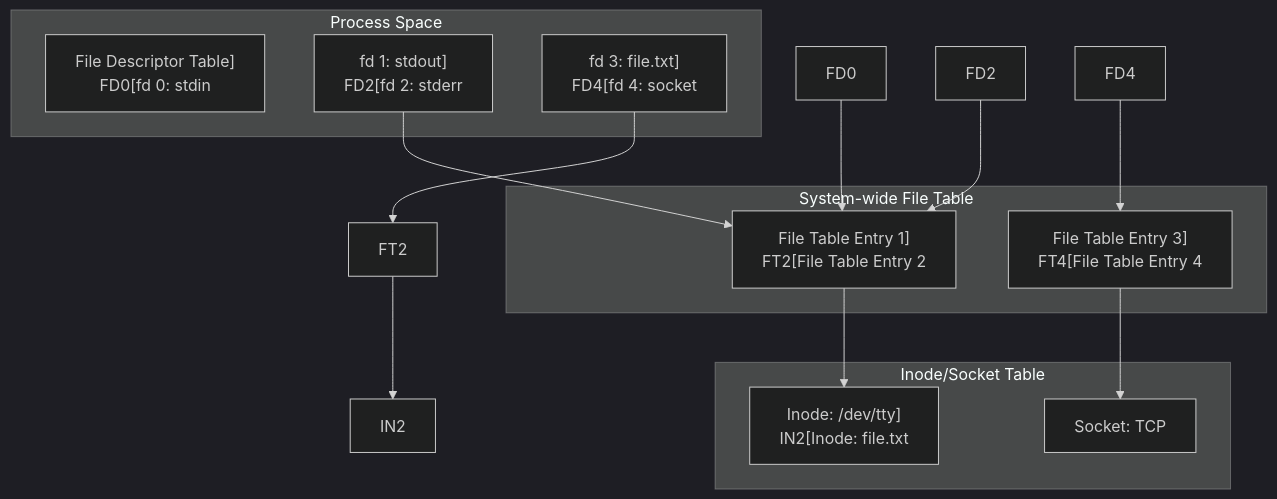
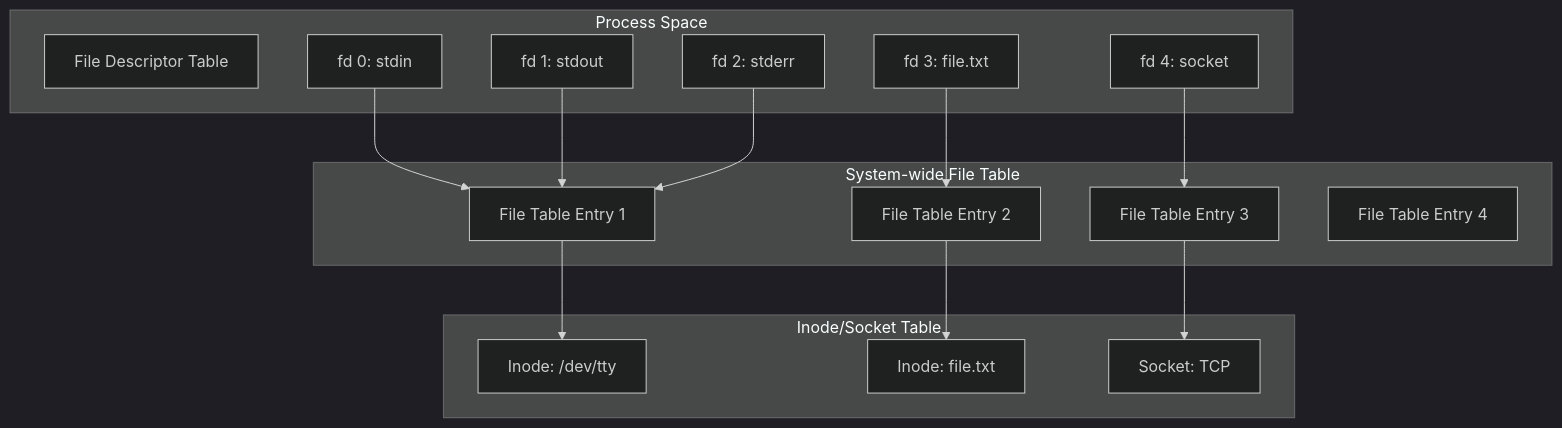
Before and after one commit to choru-k/choru-wiki: the diagram in docs/cs/guide/chapter-06-file-io/06-02-01-file-descriptor.md, drawn with Mermaid (dark theme). The commit also changed 15 other files, not shown here.

````diff
--- a/docs/cs/guide/chapter-06-file-io/06-02-01-file-descriptor.md
+++ b/docs/cs/guide/chapter-06-file-io/06-02-01-file-descriptor.md
@@ -130,34 +130,34 @@
 ```mermaid
 graph TB
     subgraph "Process Space"
-        FDT["File Descriptor Table]
-        FD0[fd 0: stdin"]
-        FD1["fd 1: stdout]
-        FD2[fd 2: stderr"]
-        FD3["fd 3: file.txt]
-        FD4[fd 4: socket"]
+        FDT["File Descriptor Table"]
+        FD0["fd 0: stdin"]
+        FD1["fd 1: stdout"]
+        FD2["fd 2: stderr"]
+        FD3["fd 3: file.txt"]
+        FD4["fd 4: socket"]
     end
 
     subgraph "System-wide File Table"
-        FT1["File Table Entry 1]
-        FT2[File Table Entry 2"]
-        FT3["File Table Entry 3]
-        FT4[File Table Entry 4"]
+        FT1["File Table Entry 1"]
+        FT2["File Table Entry 2"]
+        FT3["File Table Entry 3"]
+        FT4["File Table Entry 4"]
     end
 
     subgraph "Inode/Socket Table"
-        IN1["Inode: /dev/tty]
-        IN2[Inode: file.txt"]
-        IN3[Socket: TCP]
+        IN1["Inode: /dev/tty"]
+        IN2["Inode: file.txt"]
+        IN3["Socket: TCP"]
     end
 
     FD0 --> FT1
     FD1 --> FT1
     FD2 --> FT1
     FD3 --> FT2
     FD4 --> FT3
 
     FT1 --> IN1
     FT2 --> IN2
     FT3 --> IN3
 ```
````
